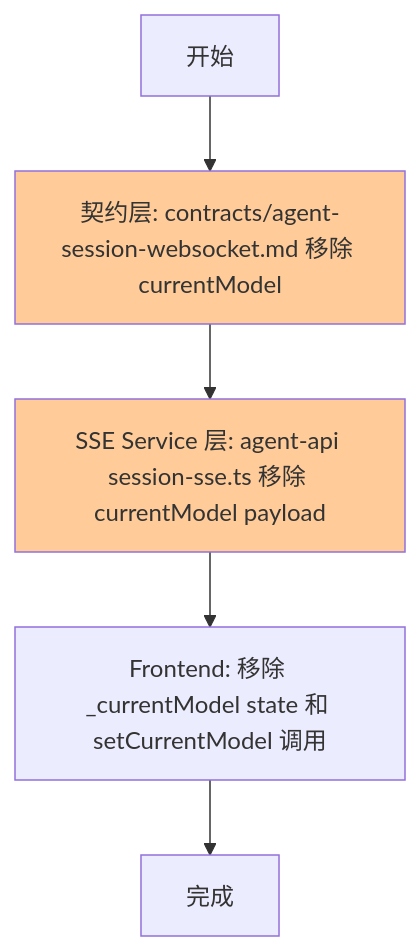
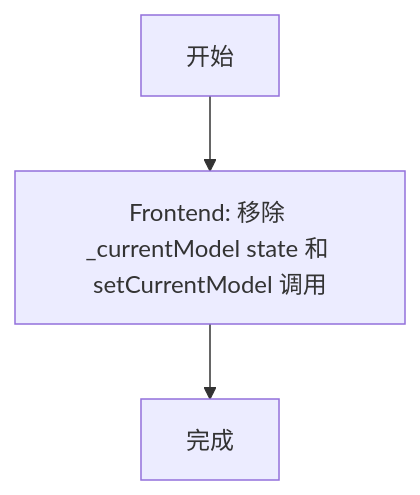
Before and after one commit to Deliay/z-agent-gear: the second of 4 diagrams in docs/engineering/proposals/20260526-fix-acceptance-session-state.md, drawn with Mermaid. The commit also changed other lines of this file and 1 other file, not shown here.

Commit message:
docs: remove all backend currentModel changes from proposal and plan - frontend only per review feedback

````diff
--- a/docs/engineering/proposals/20260526-fix-acceptance-session-state.md
+++ b/docs/engineering/proposals/20260526-fix-acceptance-session-state.md
@@ -77,10 +77,5 @@
 ```mermaid
 flowchart TD
-    A[开始] --> B[契约层: contracts/agent-session-websocket.md 移除 currentModel]
-    B --> C[SSE Service 层: agent-api session-sse.ts 移除 currentModel payload]
-    C --> D[Frontend: 移除 _currentModel state 和 setCurrentModel 调用]
-    D --> E[完成]
-
-    style B fill:#ffcc99
-    style C fill:#ffcc99
+    A[开始] --> B[Frontend: 移除 _currentModel state 和 setCurrentModel 调用]
+    B --> C[完成]
 ```
````
